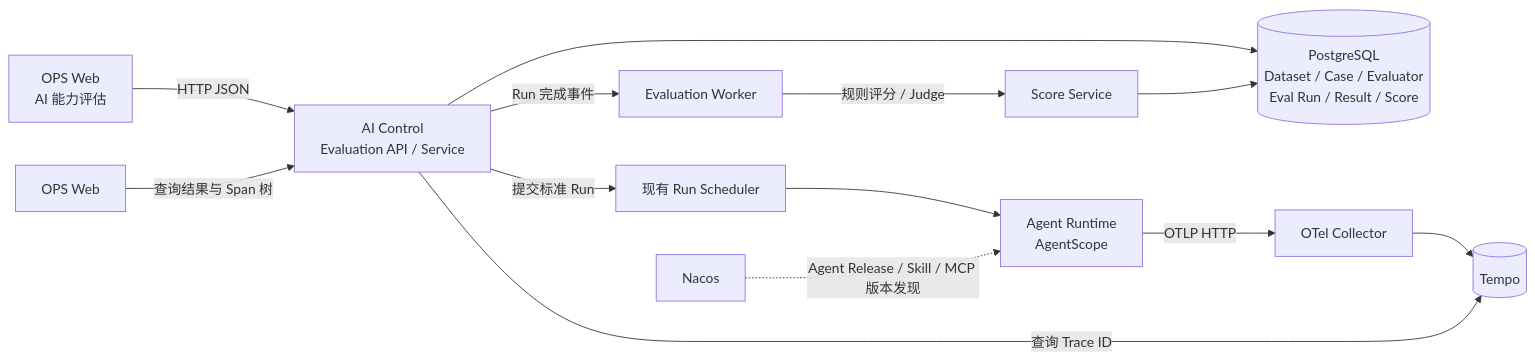
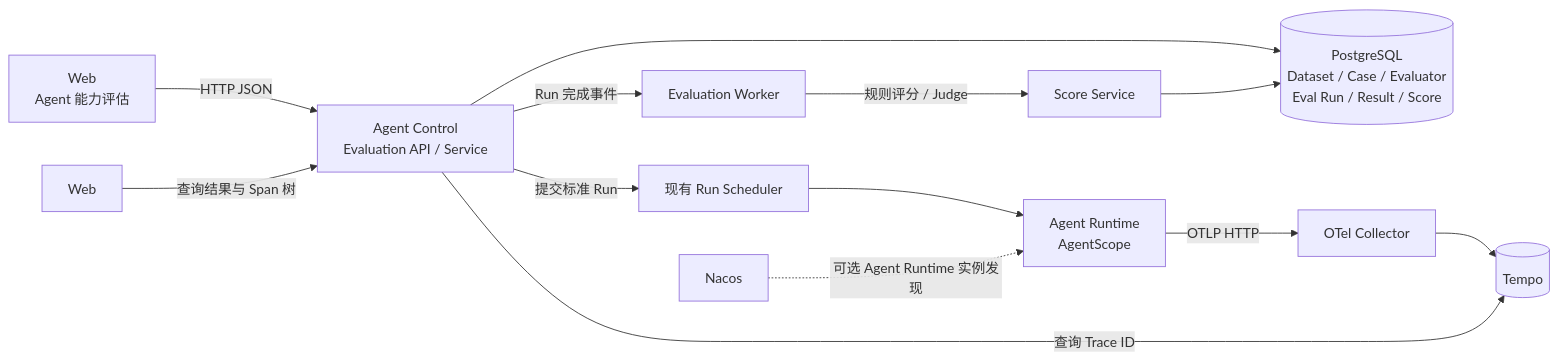
One commit to yealike/iot-protocol-expert changed the diagram in docs/agent-evaluation.md. Above: the diagram before and after it, drawn with Mermaid. The commit also changed other lines of this file and 72 other files, not shown here.

```diff
--- a/docs/agent-evaluation.md
+++ b/docs/agent-evaluation.md
@@ -128,15 +128,15 @@
 ~~~mermaid
 flowchart LR
-  UI[OPS Web<br/>AI 能力评估] -->|HTTP JSON| CTRL[AI Control<br/>Evaluation API / Service]
+  UI[Web<br/>Agent 能力评估] -->|HTTP JSON| CTRL[Agent Control<br/>Evaluation API / Service]
   CTRL --> PG[(PostgreSQL<br/>Dataset / Case / Evaluator<br/>Eval Run / Result / Score)]
   CTRL -->|提交标准 Run| RUN[现有 Run Scheduler]
   RUN --> RUNTIME[Agent Runtime<br/>AgentScope]
   RUNTIME -->|OTLP HTTP| COL[OTel Collector]
   COL --> TEMPO[(Tempo)]
   CTRL -->|查询 Trace ID| TEMPO
   CTRL -->|Run 完成事件| EVAL[Evaluation Worker]
   EVAL -->|规则评分 / Judge| SCORE[Score Service]
   SCORE --> PG
-  OPS[OPS Web] -->|查询结果与 Span 树| CTRL
-  N[Nacos] -. Agent Release / Skill / MCP 版本发现 .-> RUNTIME
+  OPS[Web] -->|查询结果与 Span 树| CTRL
+  N[Nacos] -. 可选 Agent Runtime 实例发现 .-> RUNTIME
 ~~~
```
